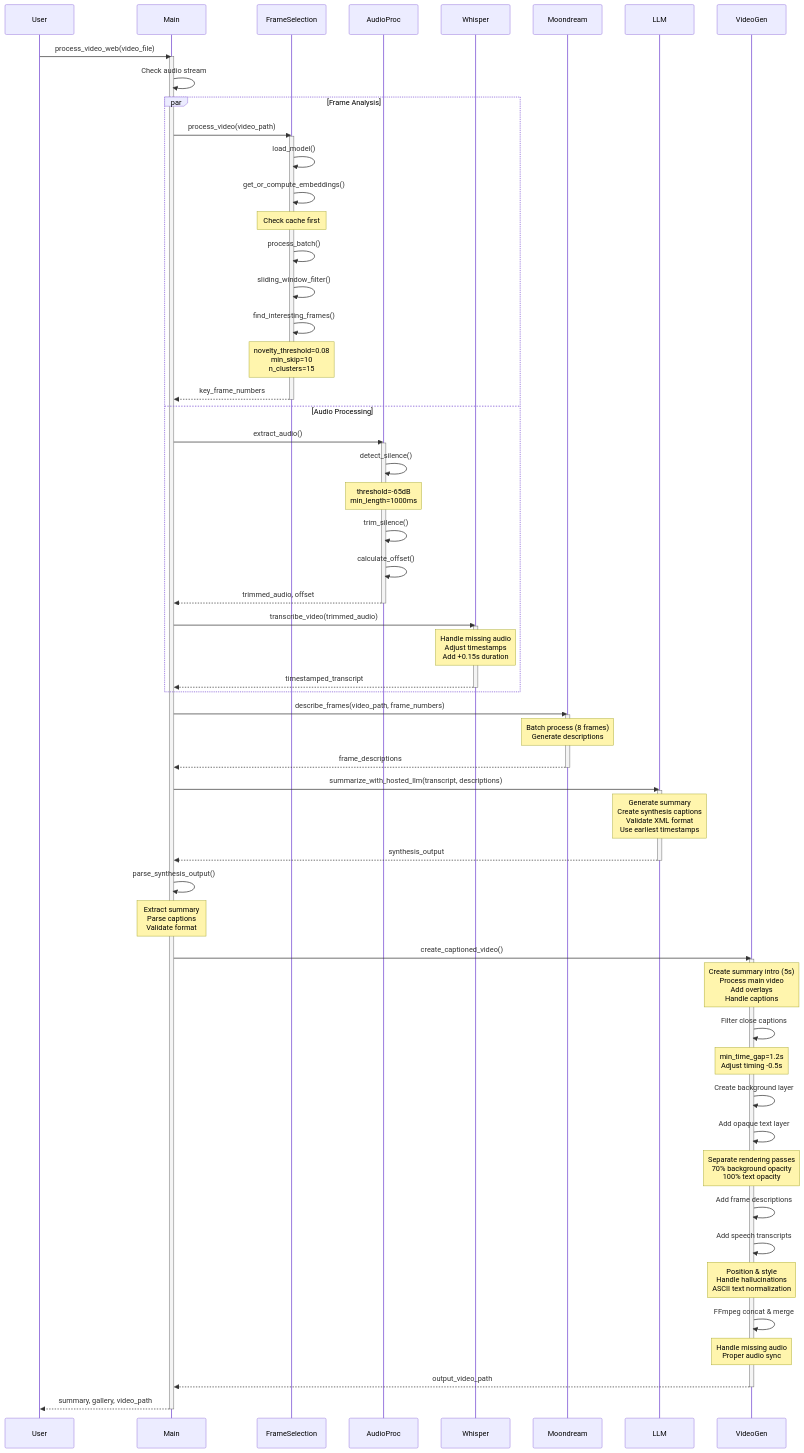
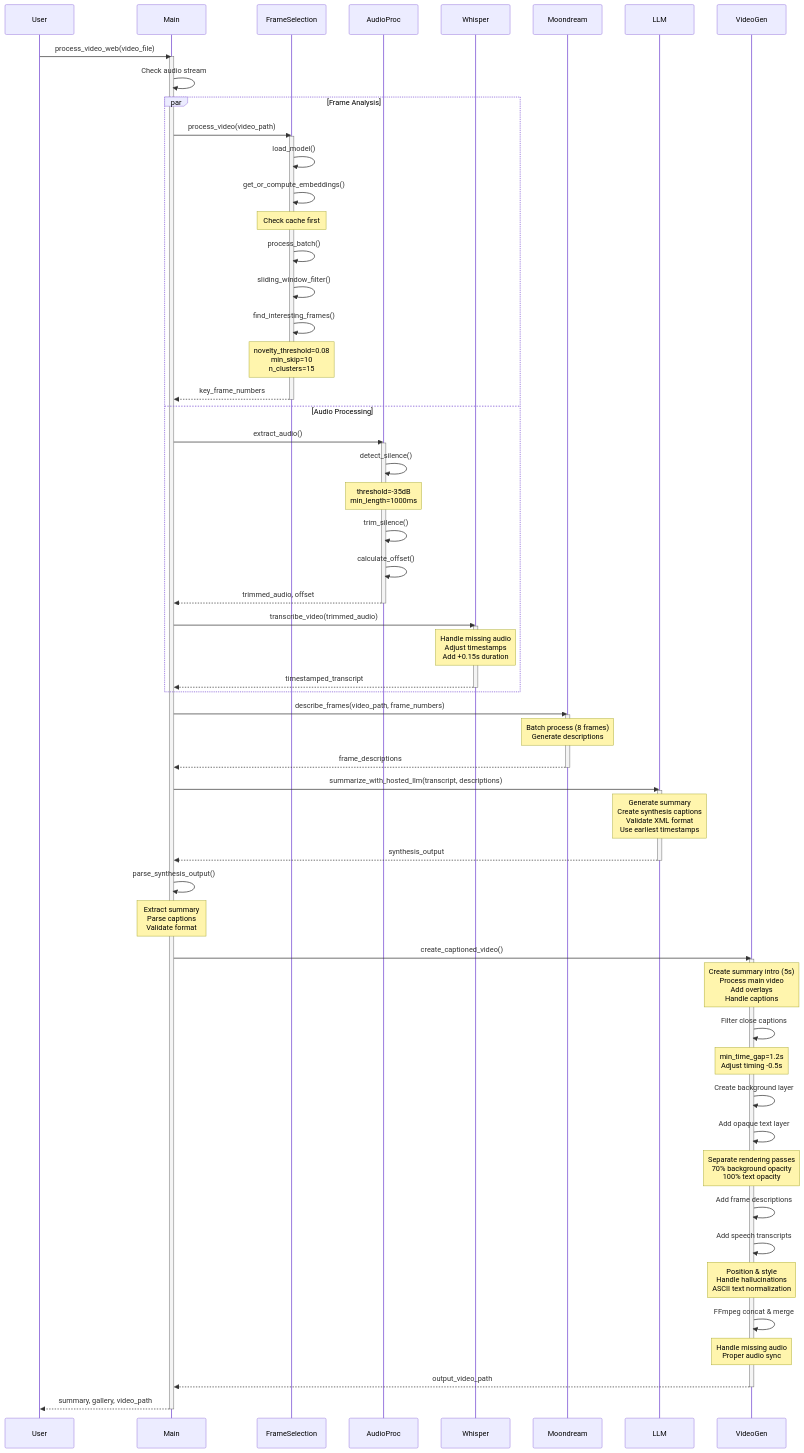
One commit to parsakhaz/video-understanding-engine changed the second of 2 diagrams in README.md. Above: the diagram before and after it, drawn with Mermaid. The commit also changed other lines of this file and 1 other file, not shown here.

Commit message:
change silence threshhold

````diff
--- a/README.md
+++ b/README.md
@@ -130,78 +130,78 @@
 ```mermaid
 sequenceDiagram
     participant User
     participant Main
     participant FrameSelection
     participant AudioProc
     participant Whisper
     participant Moondream
     participant LLM
     participant VideoGen
 
     User->>Main: process_video_web(video_file)
     activate Main
     
     Main->>Main: Check audio stream
     
     par Frame Analysis
         Main->>FrameSelection: process_video(video_path)
         activate FrameSelection
         FrameSelection->>FrameSelection: load_model()
         FrameSelection->>FrameSelection: get_or_compute_embeddings()
         Note over FrameSelection: Check cache first
         FrameSelection->>FrameSelection: process_batch()
         FrameSelection->>FrameSelection: sliding_window_filter()
         FrameSelection->>FrameSelection: find_interesting_frames()
         Note over FrameSelection: novelty_threshold=0.08<br/>min_skip=10<br/>n_clusters=15
         FrameSelection-->>Main: key_frame_numbers
         deactivate FrameSelection
     and Audio Processing
         Main->>AudioProc: extract_audio()
         activate AudioProc
         AudioProc->>AudioProc: detect_silence()
-        Note over AudioProc: threshold=-65dB<br/>min_length=1000ms
+        Note over AudioProc: threshold=-35dB<br/>min_length=1000ms
         AudioProc->>AudioProc: trim_silence()
         AudioProc->>AudioProc: calculate_offset()
         AudioProc-->>Main: trimmed_audio, offset
         deactivate AudioProc
         Main->>Whisper: transcribe_video(trimmed_audio)
         activate Whisper
         Note over Whisper: Handle missing audio<br/>Adjust timestamps<br/>Add +0.15s duration
         Whisper-->>Main: timestamped_transcript
         deactivate Whisper
     end
 
     Main->>Moondream: describe_frames(video_path, frame_numbers)
     activate Moondream
     Note over Moondream: Batch process (8 frames)<br/>Generate descriptions
     Moondream-->>Main: frame_descriptions
     deactivate Moondream
 
     Main->>LLM: summarize_with_hosted_llm(transcript, descriptions)
     activate LLM
     Note over LLM: Generate summary<br/>Create synthesis captions<br/>Validate XML format<br/>Use earliest timestamps
     LLM-->>Main: synthesis_output
     deactivate LLM
 
     Main->>Main: parse_synthesis_output()
     Note over Main: Extract summary<br/>Parse captions<br/>Validate format
 
     Main->>VideoGen: create_captioned_video()
     activate VideoGen
     Note over VideoGen: Create summary intro (5s)<br/>Process main video<br/>Add overlays<br/>Handle captions
     VideoGen->>VideoGen: Filter close captions
     Note over VideoGen: min_time_gap=1.2s<br/>Adjust timing -0.5s
     VideoGen->>VideoGen: Create background layer
     VideoGen->>VideoGen: Add opaque text layer
     Note over VideoGen: Separate rendering passes<br/>70% background opacity<br/>100% text opacity
     VideoGen->>VideoGen: Add frame descriptions
     VideoGen->>VideoGen: Add speech transcripts
     Note over VideoGen: Position & style<br/>Handle hallucinations<br/>ASCII text normalization
     VideoGen->>VideoGen: FFmpeg concat & merge
     Note over VideoGen: Handle missing audio<br/>Proper audio sync
     VideoGen-->>Main: output_video_path
     deactivate VideoGen
 
     Main-->>User: summary, gallery, video_path
     deactivate Main
 ```
````
